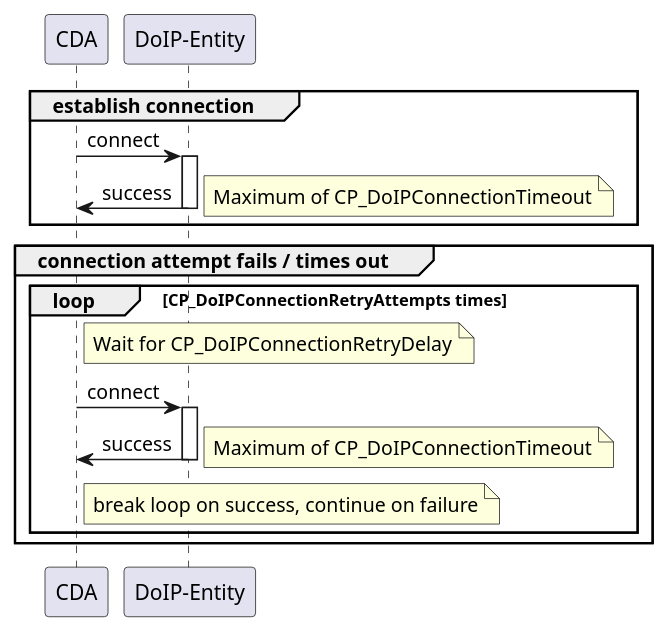
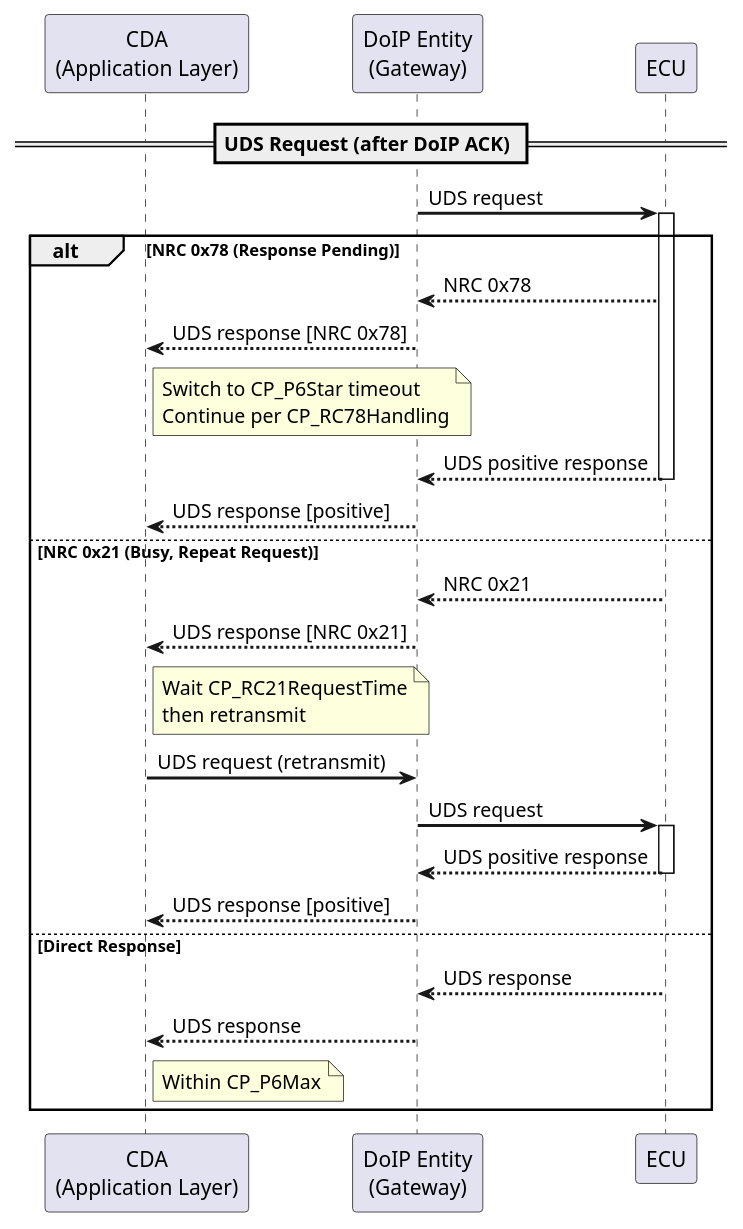
Before and after one commit to eclipse-opensovd/classic-diagnostic-adapter: the third of 6 diagrams in docs/02_requirements/04_communication.rst, drawn with PlantUML. The commit also changed other lines of this file and 3 other files, not shown here.

```diff
--- a/docs/02_requirements/04_communication.rst
+++ b/docs/02_requirements/04_communication.rst
@@ -93,31 +634,44 @@
-.. uml::
-    :caption: Establishing DoIP connection
+    .. uml::
+        :caption: UDS NRC Handling
 
-    @startuml
-    participant "CDA"
-    participant "DoIP-Entity" as ECU
-    group establish connection
-       CDA -> ECU: connect
-       activate ECU
-       ECU -> CDA: success
-       note right: Maximum of CP_DoIPConnectionTimeout
-       deactivate ECU
-    end
-    group connection attempt fails / times out
-       loop CP_DoIPConnectionRetryAttempts times
-           note right of CDA:  Wait for CP_DoIPConnectionRetryDelay
-           CDA -> ECU: connect
-           activate ECU
-           ECU -> CDA: success
-           deactivate ECU
-           note right: Maximum of CP_DoIPConnectionTimeout
-           note right of CDA: break loop on success, continue on failure
-       end
-    end
-    @enduml
+        @startuml
+        skinparam backgroundColor #FFFFFF
+        skinparam sequenceArrowThickness 2
 
-    .. note::
+        participant "CDA\n(Application Layer)" as CDA
+        participant "DoIP Entity\n(Gateway)" as GW
+        participant "ECU" as ECU
 
-    When these parameters are set via mdd, multiple mdd-files could match due to duplicated logical addresses.
+        == UDS Request (after DoIP ACK) ==
+        GW -> ECU: UDS request
+        activate ECU
 
-    .. TODO: specify how to resolve this behavior (e.g. use most lax settings?)
+        alt NRC 0x78 (Response Pending)
+            ECU --> GW: NRC 0x78
+            GW --> CDA: UDS response [NRC 0x78]
+            note right of CDA: Switch to CP_P6Star timeout\nContinue per CP_RC78Handling
+
+            ECU --> GW: UDS positive response
+            deactivate ECU
+            GW --> CDA: UDS response [positive]
+
+        else NRC 0x21 (Busy, Repeat Request)
+            ECU --> GW: NRC 0x21
+            deactivate ECU
+            GW --> CDA: UDS response [NRC 0x21]
+            note right of CDA: Wait CP_RC21RequestTime\nthen retransmit
+
+            CDA -> GW: UDS request (retransmit)
+            GW -> ECU: UDS request
+            activate ECU
+            ECU --> GW: UDS positive response
+            deactivate ECU
+            GW --> CDA: UDS response [positive]
+
+        else Direct Response
+            ECU --> GW: UDS response
+            deactivate ECU
+            GW --> CDA: UDS response
+            note right of CDA: Within CP_P6Max
+        end
+        @enduml
```
